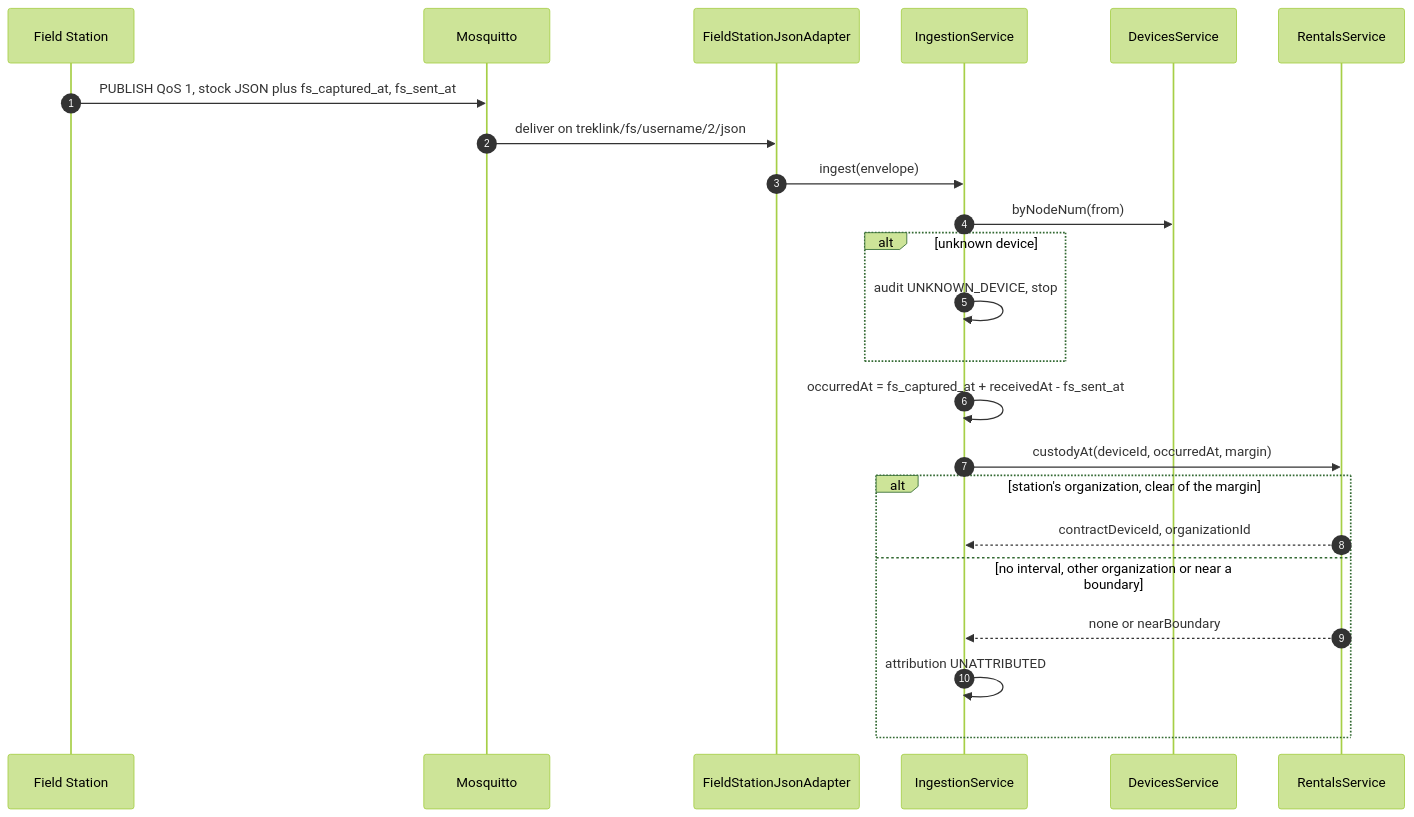
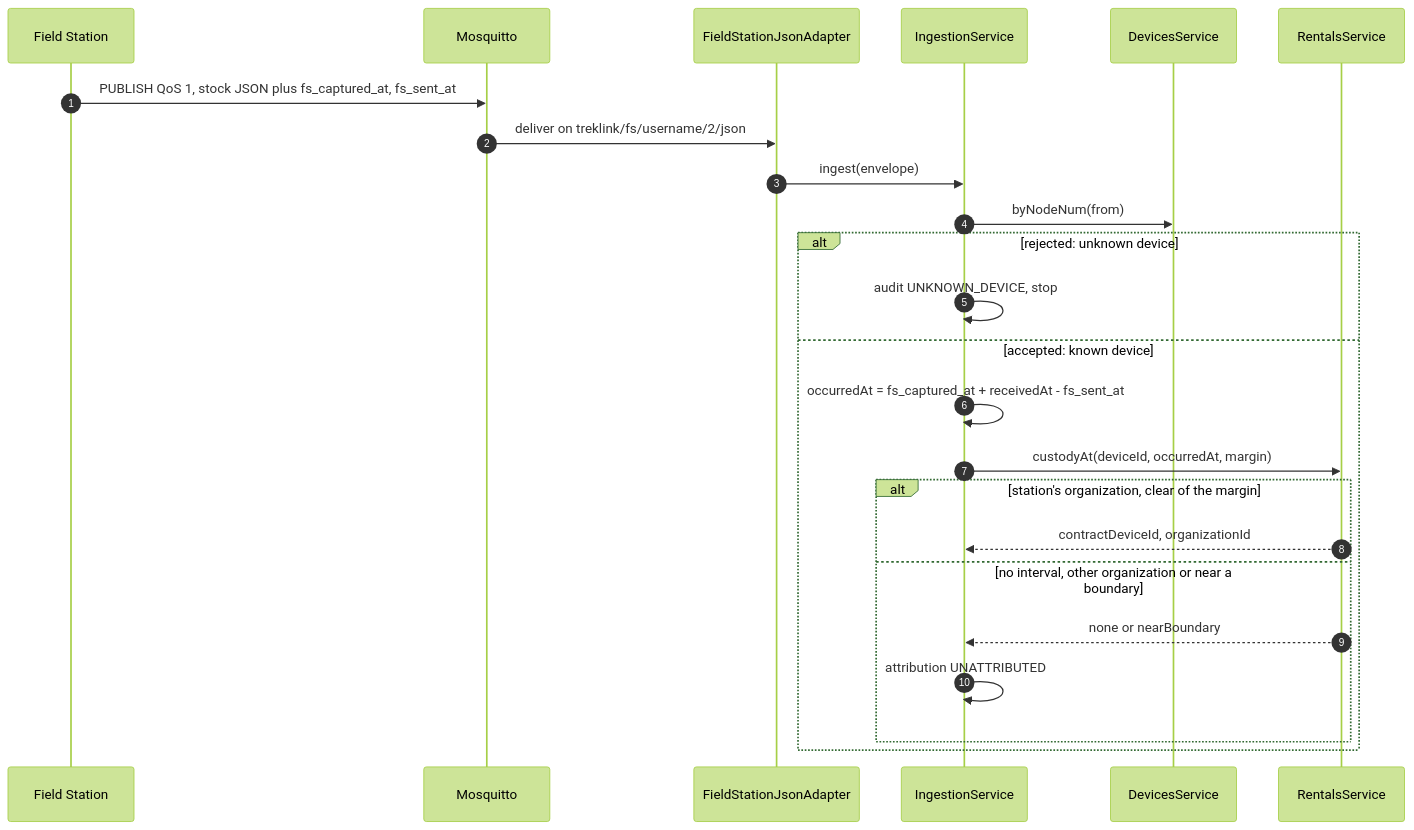
One commit to TrekLink-Team/treklink-web changed the fifth of 8 diagrams in specs/gateway-sync/design.md. Above: the diagram before and after it, drawn with Mermaid (forest theme). The commit also changed other lines of this file and 39 other files, not shown here.

First line of the commit message:
docs: design periodic maintenance (D-047) and apply the SDD sequence conventions

````diff
--- a/specs/gateway-sync/design.md
+++ b/specs/gateway-sync/design.md
@@ -235,25 +235,26 @@
 ```mermaid
 sequenceDiagram
     autonumber
     participant FS as Field Station
     participant B as Mosquitto
     participant A as FieldStationJsonAdapter
     participant S as IngestionService
     participant D as DevicesService
     participant Rt as RentalsService
     FS->>B: PUBLISH QoS 1, stock JSON plus fs_captured_at, fs_sent_at
     B->>A: deliver on treklink/fs/username/2/json
     A->>S: ingest(envelope)
     S->>D: byNodeNum(from)
-    alt unknown device
+    alt rejected: unknown device
         S->>S: audit UNKNOWN_DEVICE, stop
-    end
-    S->>S: occurredAt = fs_captured_at + receivedAt - fs_sent_at
-    S->>Rt: custodyAt(deviceId, occurredAt, margin)
-    alt station's organization, clear of the margin
-        Rt-->>S: contractDeviceId, organizationId
-    else no interval, other organization or near a boundary
-        Rt-->>S: none or nearBoundary
-        S->>S: attribution UNATTRIBUTED
+    else accepted: known device
+        S->>S: occurredAt = fs_captured_at + receivedAt - fs_sent_at
+        S->>Rt: custodyAt(deviceId, occurredAt, margin)
+        alt station's organization, clear of the margin
+            Rt-->>S: contractDeviceId, organizationId
+        else no interval, other organization or near a boundary
+            Rt-->>S: none or nearBoundary
+            S->>S: attribution UNATTRIBUTED
+        end
     end
 ```
````
